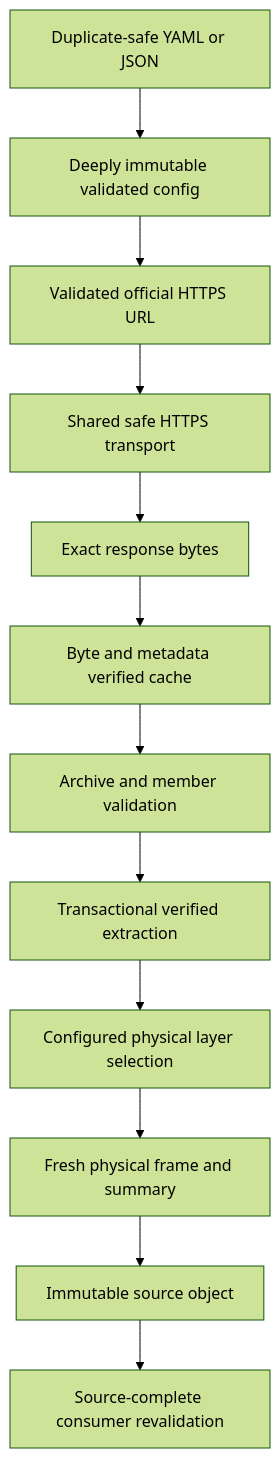
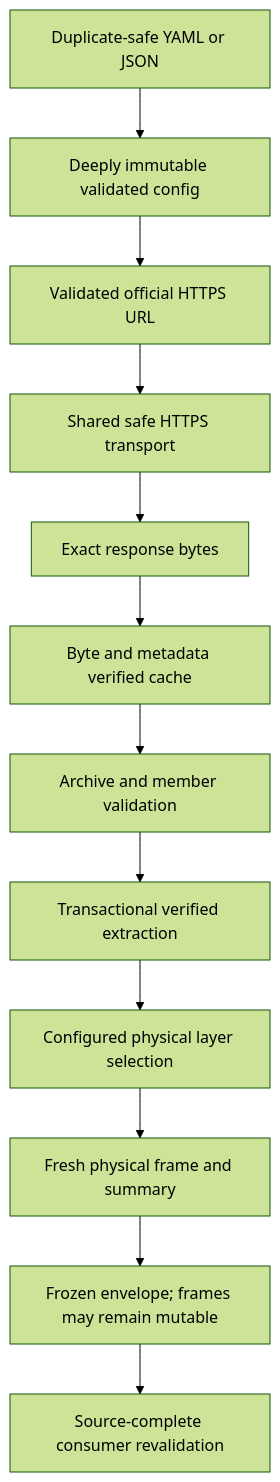
One commit to hmsouhaib/landscout-ai changed the diagram in docs/code/SOURCE_TRUST_MODEL.md. Above: the diagram before and after it, drawn with Mermaid (forest theme). The commit also changed other lines of this file and 138 other files, not shown here.

````diff
--- a/docs/code/SOURCE_TRUST_MODEL.md
+++ b/docs/code/SOURCE_TRUST_MODEL.md
@@ -7,14 +7,14 @@
 ```mermaid
 flowchart TD
     Serialized[Duplicate-safe YAML or JSON] --> Config[Deeply immutable validated config]
     Config --> Url[Validated official HTTPS URL]
     Url --> Transport[Shared safe HTTPS transport]
     Transport --> Bytes[Exact response bytes]
     Bytes --> Cache[Byte and metadata verified cache]
     Cache --> Archive[Archive and member validation]
     Archive --> Extract[Transactional verified extraction]
     Extract --> Layer[Configured physical layer selection]
     Layer --> Frame[Fresh physical frame and summary]
-    Frame --> Result[Immutable source object]
+    Frame --> Result[Frozen envelope; frames may remain mutable]
     Result --> Revalidate[Source-complete consumer revalidation]
 ```
````
